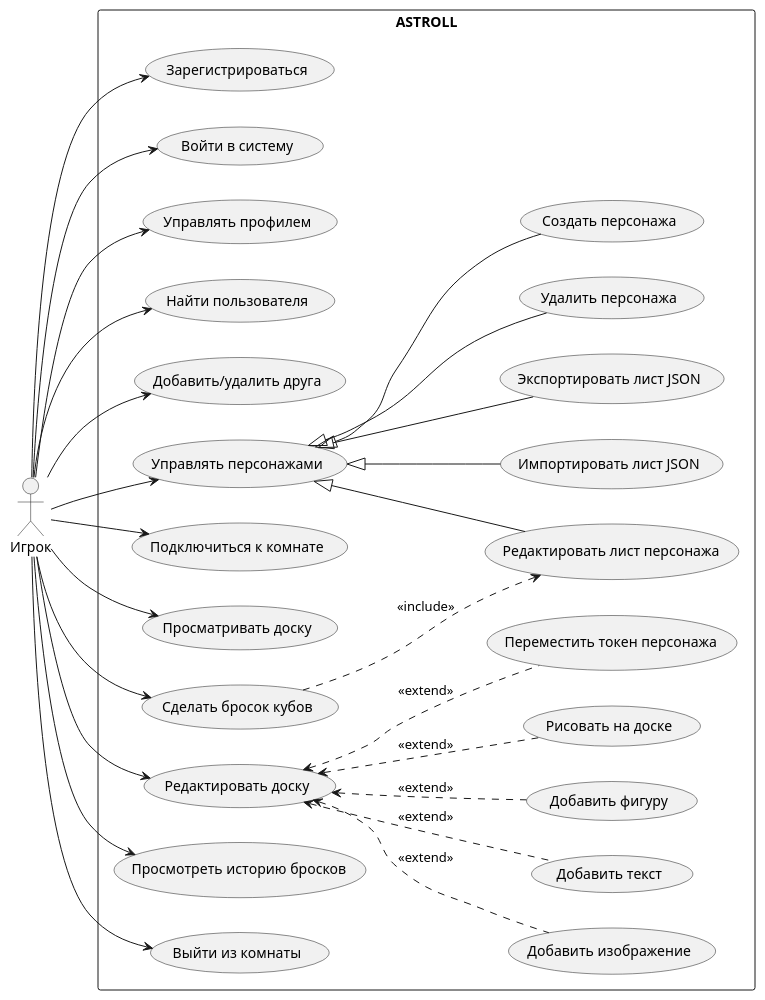
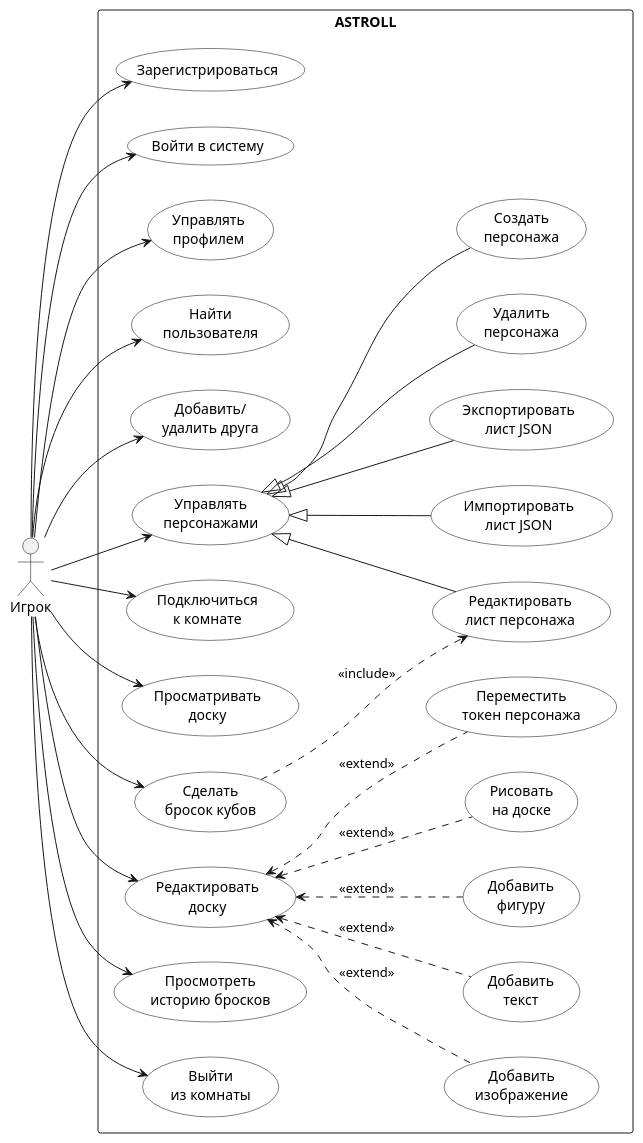
The diagram in diagram_prompts/01_use_case_player.md (wingelshteyn/DesignSoftwareCourse), drawn with PlantUML before and after one commit. The commit also changed other lines of this file and 19 other files, not shown here.

First line of the commit message:
Обновить diagram_prompts под эталон ПР8 для ASTROLL.

````diff
--- a/diagram_prompts/01_use_case_player.md
+++ b/diagram_prompts/01_use_case_player.md
@@ -7,56 +59,68 @@
 ```plantuml
 @startuml
 left to right direction
-actor "Игрок" as Player
-rectangle "ASTROLL" {
-  usecase "Зарегистрироваться" as UC_Register
-  usecase "Войти в систему" as UC_Login
-  usecase "Управлять профилем" as UC_Profile
-  usecase "Найти пользователя" as UC_Search
-  usecase "Добавить/удалить друга" as UC_Friend
-  usecase "Управлять персонажами" as UC_Characters
-  usecase "Создать персонажа" as UC_CreateCharacter
-  usecase "Редактировать лист персонажа" as UC_EditSheet
-  usecase "Импортировать лист JSON" as UC_Import
-  usecase "Экспортировать лист JSON" as UC_Export
-  usecase "Удалить персонажа" as UC_DeleteCharacter
-  usecase "Подключиться к комнате" as UC_JoinRoom
-  usecase "Просматривать доску" as UC_ViewBoard
-  usecase "Редактировать доску" as UC_EditBoard
-  usecase "Добавить изображение" as UC_AddImage
-  usecase "Добавить текст" as UC_AddText
-  usecase "Добавить фигуру" as UC_AddShape
-  usecase "Рисовать на доске" as UC_Draw
-  usecase "Переместить токен персонажа" as UC_MoveToken
-  usecase "Сделать бросок кубов" as UC_RollDice
-  usecase "Просмотреть историю бросков" as UC_RollHistory
-  usecase "Выйти из комнаты" as UC_LeaveRoom
+skinparam shadowing false
+skinparam packageStyle rectangle
+skinparam usecase {
+  BackgroundColor white
+  BorderColor black
+}
+skinparam actor {
+  BorderColor black
 }
 
-Player --> UC_Register
-Player --> UC_Login
-Player --> UC_Profile
-Player --> UC_Search
-Player --> UC_Friend
-Player --> UC_Characters
-Player --> UC_JoinRoom
-Player --> UC_ViewBoard
-Player --> UC_EditBoard
-Player --> UC_RollDice
-Player --> UC_RollHistory
-Player --> UC_LeaveRoom
+actor "Игрок" as Player
 
-UC_Characters <|-- UC_CreateCharacter
-UC_Characters <|-- UC_EditSheet
-UC_Characters <|-- UC_Import
-UC_Characters <|-- UC_Export
-UC_Characters <|-- UC_DeleteCharacter
+rectangle "ASTROLL" {
+  usecase "Зарегистрироваться" as UC1
+  usecase "Войти в систему" as UC2
+  usecase "Управлять\nпрофилем" as UC3
+  usecase "Найти\nпользователя" as UC4
+  usecase "Добавить/\nудалить друга" as UC5
+  usecase "Управлять\nперсонажами" as UC6
+  usecase "Создать\nперсонажа" as UC6a
+  usecase "Редактировать\nлист персонажа" as UC6b
+  usecase "Импортировать\nлист JSON" as UC6c
+  usecase "Экспортировать\nлист JSON" as UC6d
+  usecase "Удалить\nперсонажа" as UC6e
+  usecase "Подключиться\nк комнате" as UC7
+  usecase "Просматривать\nдоску" as UC8
+  usecase "Редактировать\nдоску" as UC9
+  usecase "Добавить\nизображение" as UC9a
+  usecase "Добавить\nтекст" as UC9b
+  usecase "Добавить\nфигуру" as UC9c
+  usecase "Рисовать\nна доске" as UC9d
+  usecase "Переместить\nтокен персонажа" as UC9e
+  usecase "Сделать\nбросок кубов" as UC10
+  usecase "Просмотреть\nисторию бросков" as UC11
+  usecase "Выйти\nиз комнаты" as UC12
+}
 
-UC_EditBoard <.. UC_AddImage : <<extend>>
-UC_EditBoard <.. UC_AddText : <<extend>>
-UC_EditBoard <.. UC_AddShape : <<extend>>
-UC_EditBoard <.. UC_Draw : <<extend>>
-UC_EditBoard <.. UC_MoveToken : <<extend>>
-UC_RollDice ..> UC_EditSheet : <<include>>
+Player --> UC1
+Player --> UC2
+Player --> UC3
+Player --> UC4
+Player --> UC5
+Player --> UC6
+Player --> UC7
+Player --> UC8
+Player --> UC9
+Player --> UC10
+Player --> UC11
+Player --> UC12
+
+UC6 <|-- UC6a
+UC6 <|-- UC6b
+UC6 <|-- UC6c
+UC6 <|-- UC6d
+UC6 <|-- UC6e
+
+UC9 <.. UC9a : <<extend>>
+UC9 <.. UC9b : <<extend>>
+UC9 <.. UC9c : <<extend>>
+UC9 <.. UC9d : <<extend>>
+UC9 <.. UC9e : <<extend>>
+
+UC10 ..> UC6b : <<include>>
 @enduml
 ```
````
